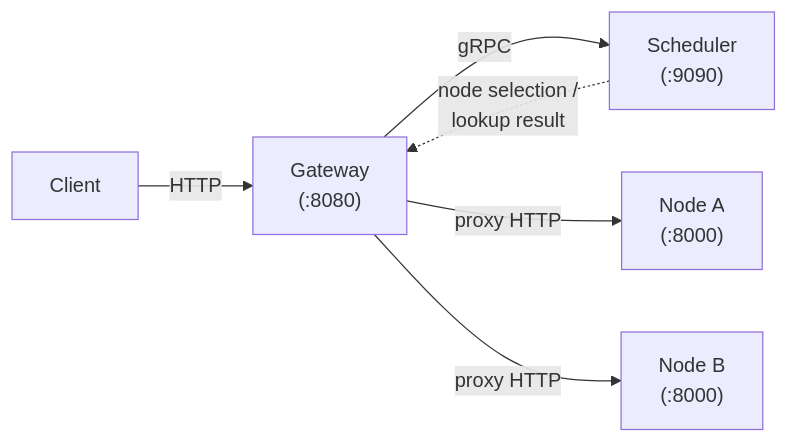
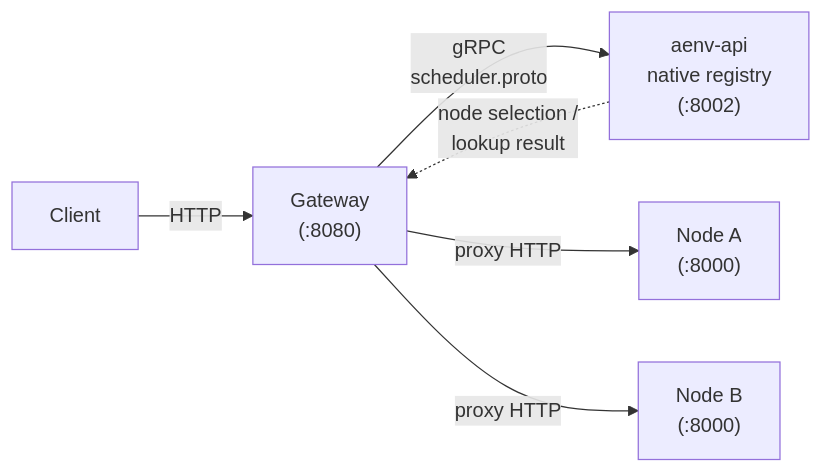
The second of 2 diagrams in docs/src/internals/architecture.md (suixinio/AgentENV), drawn with Mermaid before and after one commit. The commit also changed other lines of this file, not shown here.

````diff
--- a/docs/src/internals/architecture.md
+++ b/docs/src/internals/architecture.md
@@ -193,8 +193,8 @@
 ```mermaid
 flowchart LR
     client["Client"] -->|HTTP| gateway["Gateway<br/>(:8080)"]
-    gateway -->|gRPC| scheduler["Scheduler<br/>(:9090)"]
+    gateway -->|gRPC<br/>scheduler.proto| api["aenv-api<br/>native registry<br/>(:8002)"]
     gateway -->|proxy HTTP| nodeA["Node A<br/>(:8000)"]
     gateway -->|proxy HTTP| nodeB["Node B<br/>(:8000)"]
-    scheduler -.->|node selection /<br/> lookup result| gateway
+    api -.->|node selection /<br/> lookup result| gateway
 ```
````
